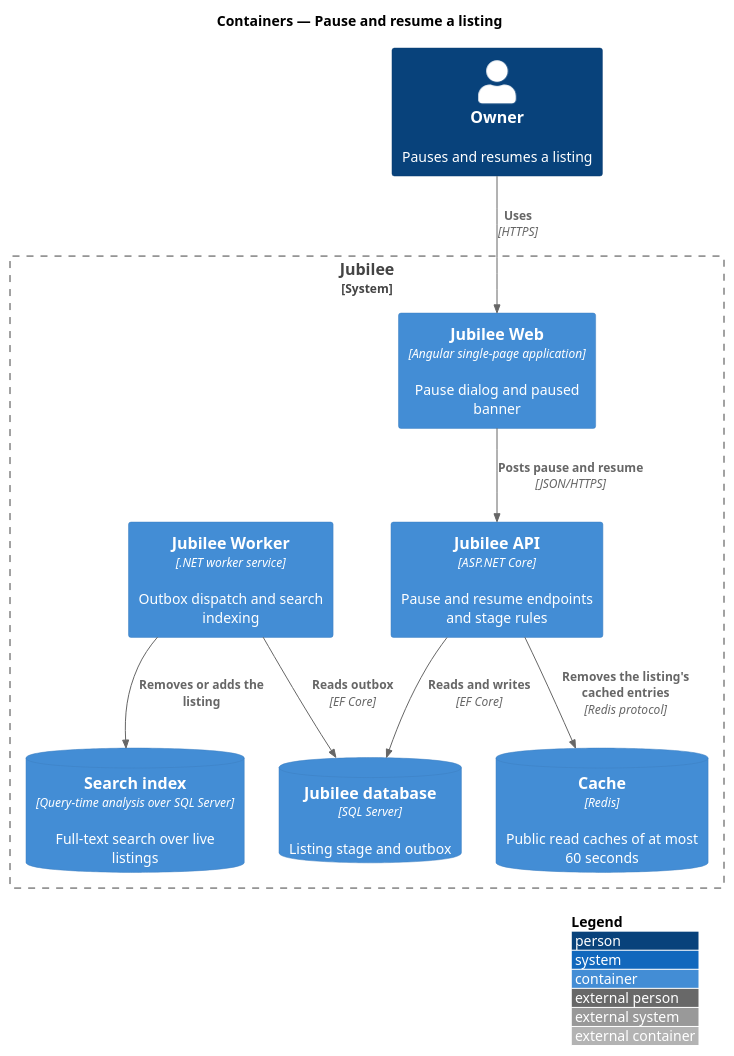
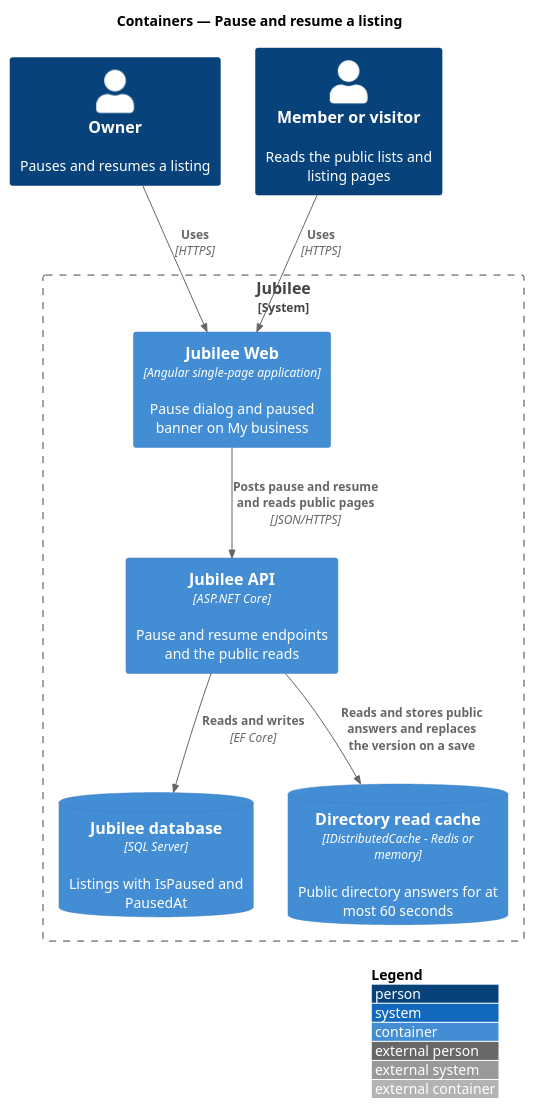
The diagram in docs/detailed-designs/owner-workspace/pause-listing/diagrams/c4-container.puml (QuinntyneBrown/jubilee), drawn with PlantUML before and after one commit. The commit also changed 43 other files, not shown here.

```diff
--- a/docs/detailed-designs/owner-workspace/pause-listing/diagrams/c4-container.puml
+++ b/docs/detailed-designs/owner-workspace/pause-listing/diagrams/c4-container.puml
@@ -1,21 +1,19 @@
 @startuml
 !include <C4/C4_Container>
 LAYOUT_WITH_LEGEND()
 title Containers — Pause and resume a listing
 
 Person(owner, "Owner", "Pauses and resumes a listing")
+Person(member, "Member or visitor", "Reads the public lists and listing pages")
 System_Boundary(jubilee, "Jubilee") {
-  Container(web, "Jubilee Web", "Angular single-page application", "Pause dialog and paused banner")
-  Container(api, "Jubilee API", "ASP.NET Core", "Pause and resume endpoints and stage rules")
-  Container(worker, "Jubilee Worker", ".NET worker service", "Outbox dispatch and search indexing")
-  ContainerDb(db, "Jubilee database", "SQL Server", "Listing stage and outbox")
-  ContainerDb(cache, "Cache", "Redis", "Public read caches of at most 60 seconds")
-  ContainerDb(search, "Search index", "Query-time analysis over SQL Server", "Full-text search over live listings")
+  Container(web, "Jubilee Web", "Angular single-page application", "Pause dialog and paused banner on My business")
+  Container(api, "Jubilee API", "ASP.NET Core", "Pause and resume endpoints and the public reads")
+  ContainerDb(db, "Jubilee database", "SQL Server", "Listings with IsPaused and PausedAt")
+  ContainerDb(cache, "Directory read cache", "IDistributedCache - Redis or memory", "Public directory answers for at most 60 seconds")
 }
 Rel(owner, web, "Uses", "HTTPS")
-Rel(web, api, "Posts pause and resume", "JSON/HTTPS")
+Rel(member, web, "Uses", "HTTPS")
+Rel(web, api, "Posts pause and resume and reads public pages", "JSON/HTTPS")
 Rel(api, db, "Reads and writes", "EF Core")
-Rel(api, cache, "Removes the listing's cached entries", "Redis protocol")
-Rel(worker, db, "Reads outbox", "EF Core")
-Rel(worker, search, "Removes or adds the listing")
+Rel(api, cache, "Reads and stores public answers and replaces the version on a save")
 @enduml
```
